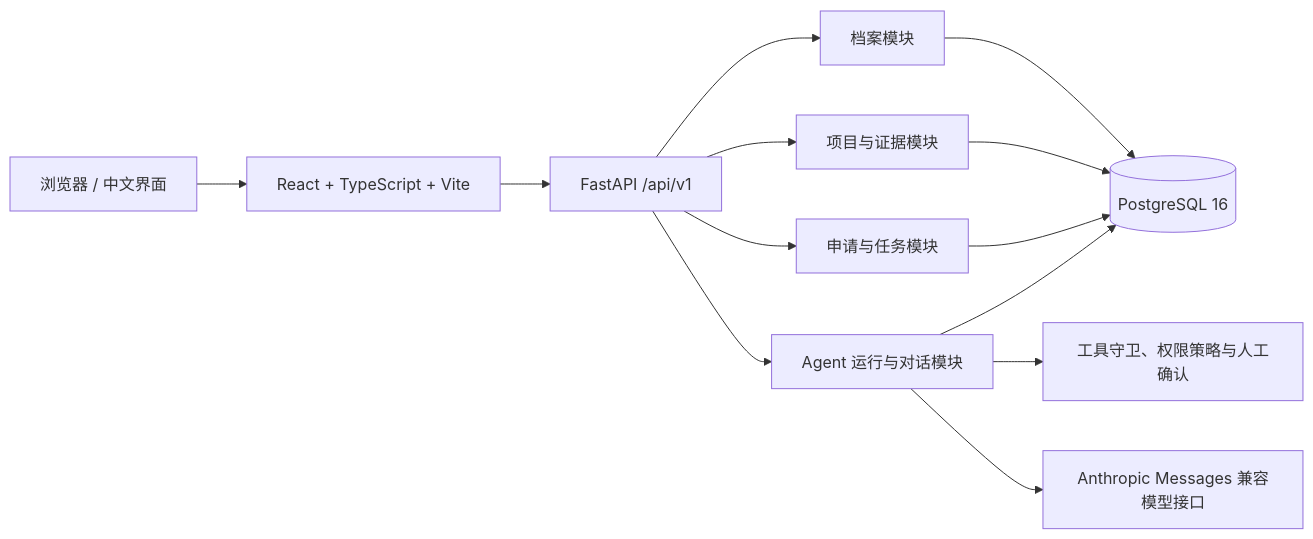
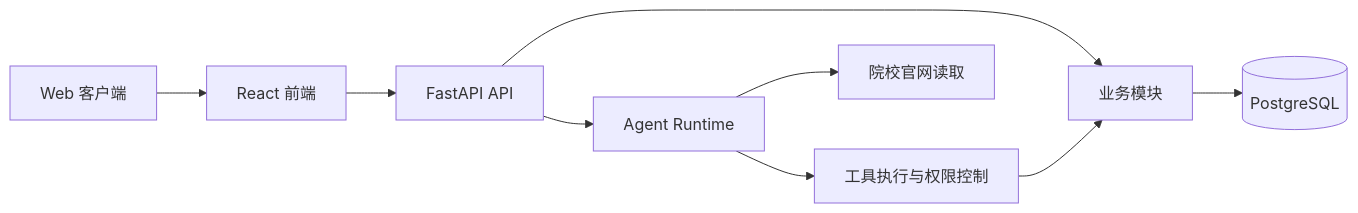
The diagram in README.md (chenliuxi0519/ApplyPilot), drawn with Mermaid before and after one commit. The commit also changed other lines of this file and 42 other files, not shown here.

````diff
--- a/README.md
+++ b/README.md
@@ -78,15 +105,11 @@
 ```mermaid
 flowchart LR
-    U["浏览器 / 中文界面"] --> F["React + TypeScript + Vite"]
-    F --> A["FastAPI /api/v1"]
-    A --> P["档案模块"]
-    A --> G["项目与证据模块"]
-    A --> B["申请与任务模块"]
-    A --> R["Agent 运行与对话模块"]
-    R --> H["工具守卫、权限策略与人工确认"]
-    R --> M["Anthropic Messages 兼容模型接口"]
-    P --> D[(PostgreSQL 16)]
-    G --> D
-    B --> D
-    R --> D
+    U["Web 客户端"] --> F["React 前端"]
+    F --> A["FastAPI API"]
+    A --> M["业务模块"]
+    A --> R["Agent Runtime"]
+    R --> H["工具执行与权限控制"]
+    H --> M
+    R --> W["院校官网读取"]
+    M --> D[("PostgreSQL")]
 ```
````
